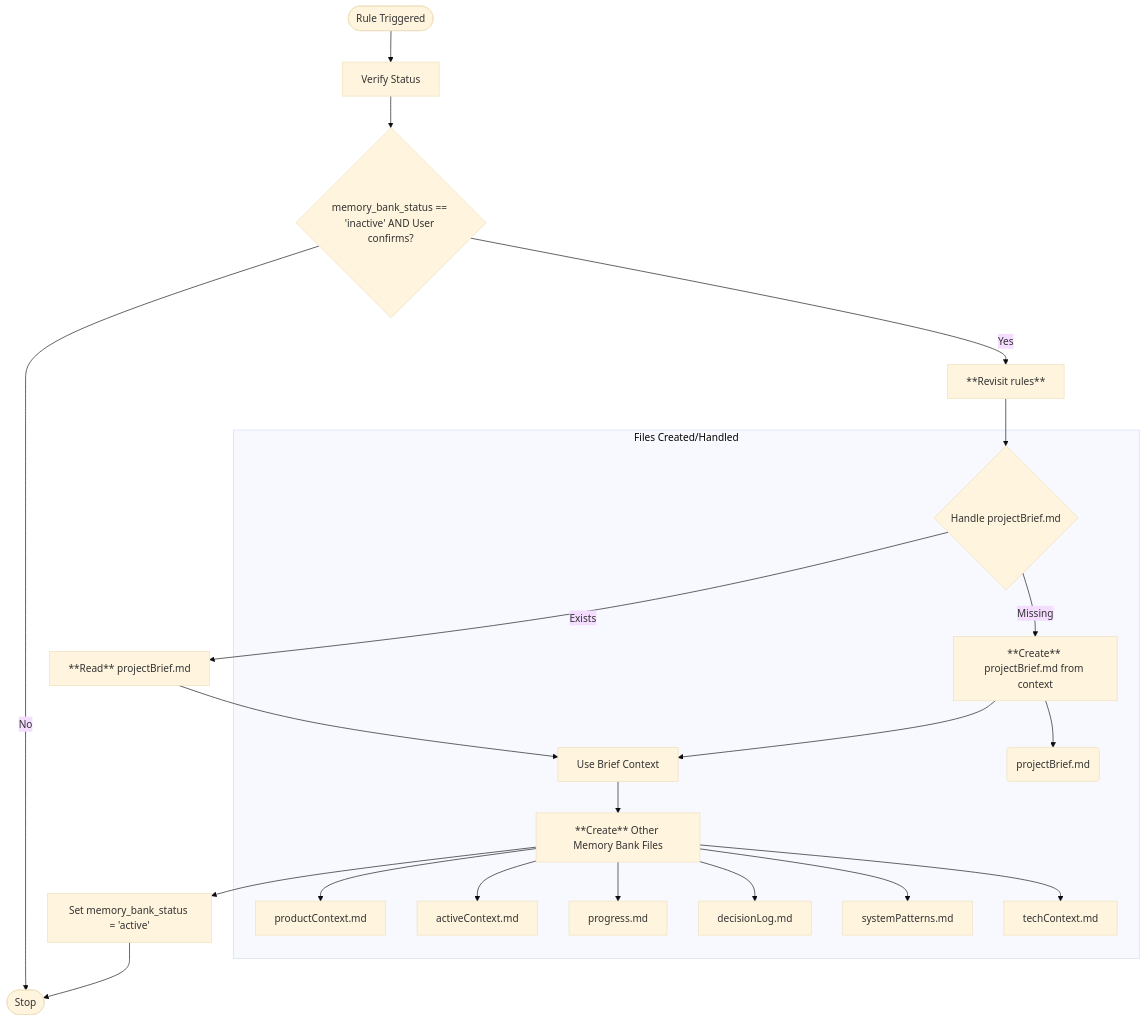
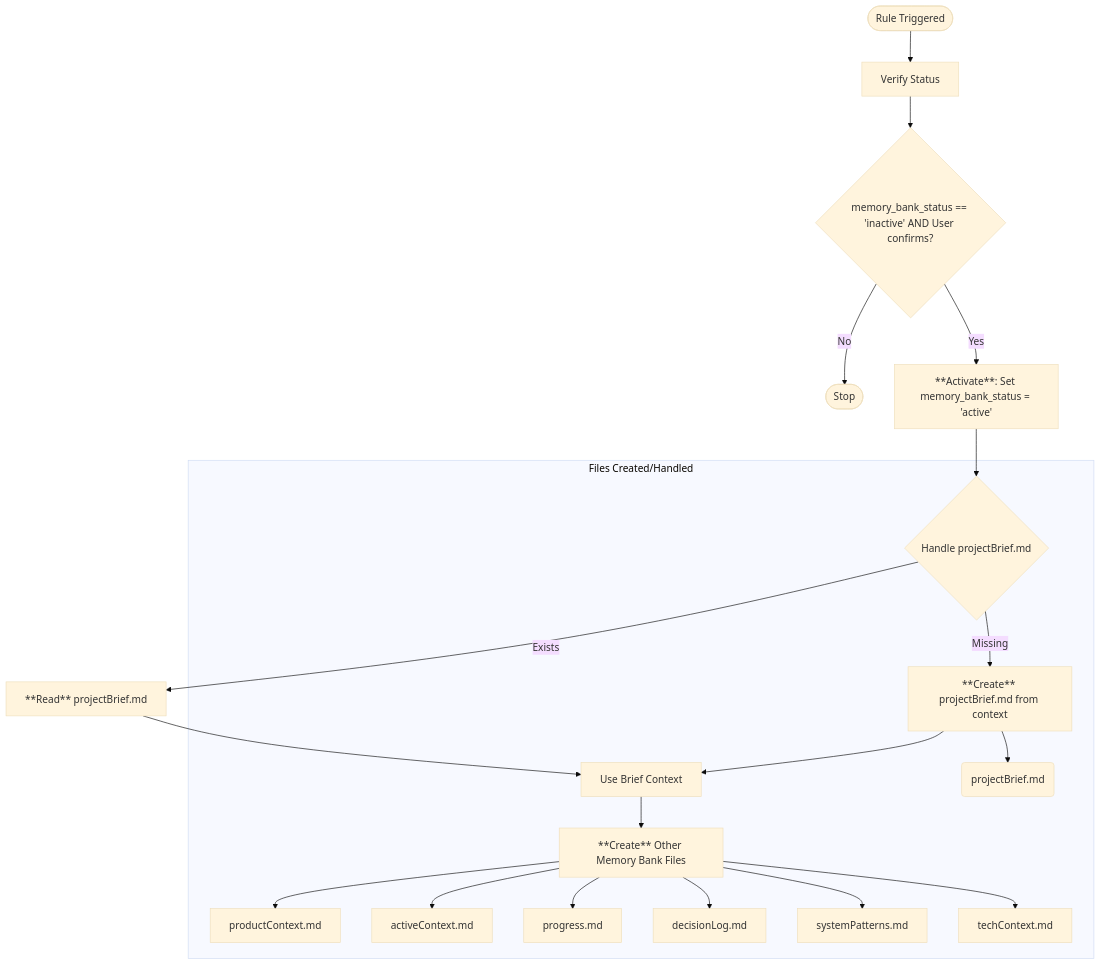
Before and after one commit to kvokka/getting-started: the diagram in .cursor/rules/agent/memory-bank/init.mdc, drawn with Mermaid (base theme). The commit also changed other lines of this file, not shown here.

Commit message:
docs(agent): update memory bank initialization process
Updated documentation to reflect the refined memory bank initialization process.

- Modified the flowchart to directly activate the memory bank.
- Adjusted the step-by-step instructions to align with the updated flow.

````diff
--- a/.cursor/rules/agent/memory-bank/init.mdc
+++ b/.cursor/rules/agent/memory-bank/init.mdc
@@ -14,31 +14,28 @@
 ```mermaid
 flowchart TD
     Start([Rule Triggered]) --> VerifyStatus[Verify Status]
     VerifyStatus --> Confirm{memory_bank_status == 'inactive' AND User confirms?}
     Confirm -->|No| End([Stop])
 
-    Confirm -->|Yes| RevisitRules[**Revisit rules**]
-    RevisitRules --> HandleBrief{Handle projectBrief.md}
+    Confirm -->|Yes| Activate[**Activate**: Set memory_bank_status = 'active']
+    Activate --> HandleBrief{Handle projectBrief.md}
     HandleBrief -- Exists --> ReadBrief[**Read** projectBrief.md]
     HandleBrief -- Missing --> CreateBrief[**Create** projectBrief.md from context]
 
     ReadBrief --> UseBriefContext[Use Brief Context]
     CreateBrief --> UseBriefContext
 
     UseBriefContext --> CreateFiles[**Create** Other Memory Bank Files]
-
-    CreateFiles --> UpdateStatus[Set memory_bank_status = 'active']
-    UpdateStatus --> End
 
     subgraph "Files Created/Handled"
         HandleBrief
         CreateBrief --> FileBrief(projectBrief.md)
         UseBriefContext
         CreateFiles --> ProductContext[productContext.md]
         CreateFiles --> ActiveContext[activeContext.md]
         CreateFiles --> Progress[progress.md]
         CreateFiles --> DecisionLog[decisionLog.md]
         CreateFiles --> SystemPatterns[systemPatterns.md]
         CreateFiles --> TechContext[techContext.md]
     end
 ```
````
